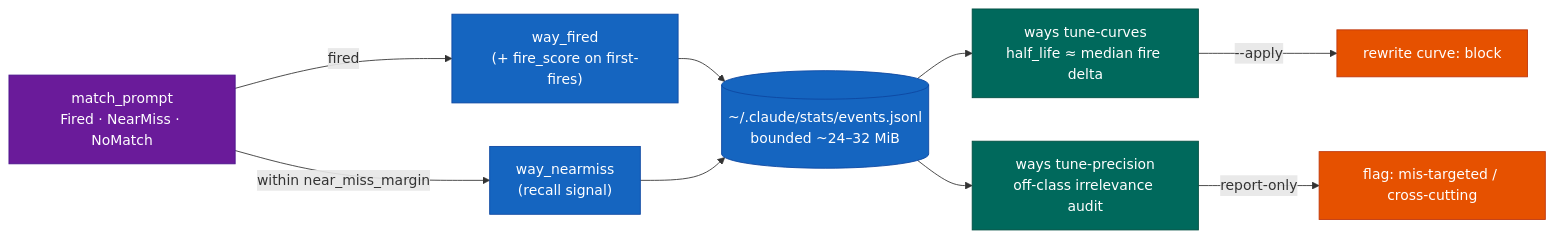
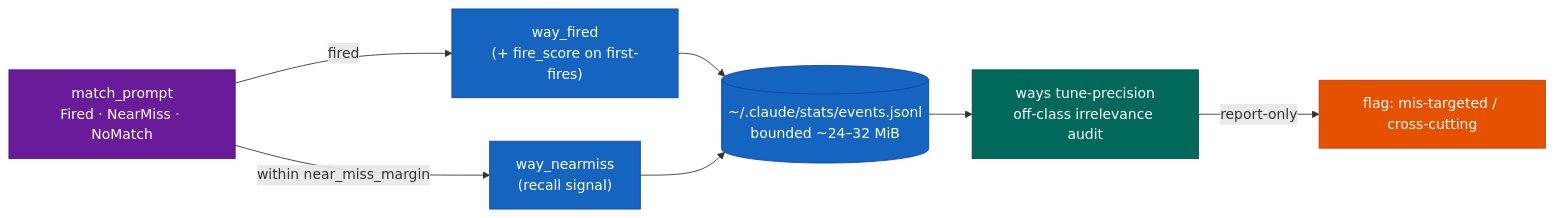
One commit to aaronsb/agent-ways changed the ninth of 13 diagrams in docs/architecture.md. Above: the diagram before and after it, drawn with Mermaid. The commit also changed other lines of this file and 15 other files, not shown here.

````diff
--- a/docs/architecture.md
+++ b/docs/architecture.md
@@ -296,21 +296,19 @@
 ```mermaid
 flowchart LR
     classDef match fill:#6A1B9A,stroke:#4A148C,color:#fff
     classDef log fill:#1565C0,stroke:#0D47A1,color:#fff
     classDef tune fill:#00695C,stroke:#004D40,color:#fff
     classDef apply fill:#E65100,stroke:#BF360C,color:#fff
 
     Scan["match_prompt<br/>Fired · NearMiss · NoMatch"]:::match
 
     Scan -->|fired| WF["way_fired<br/>(+ fire_score on first-fires)"]:::log
     Scan -->|"within near_miss_margin"| NM["way_nearmiss<br/>(recall signal)"]:::log
 
     WF --> EV[("~/.claude/stats/events.jsonl<br/>bounded ~24–32 MiB")]:::log
     NM --> EV
 
-    EV --> TC["ways tune-curves<br/>half_life ≈ median fire delta"]:::tune
     EV --> TP["ways tune-precision<br/>off-class irrelevance audit"]:::tune
 
-    TC -->|--apply| Curve["rewrite curve: block"]:::apply
     TP -->|report-only| Remedy["flag: mis-targeted / cross-cutting"]:::apply
 ```
````
